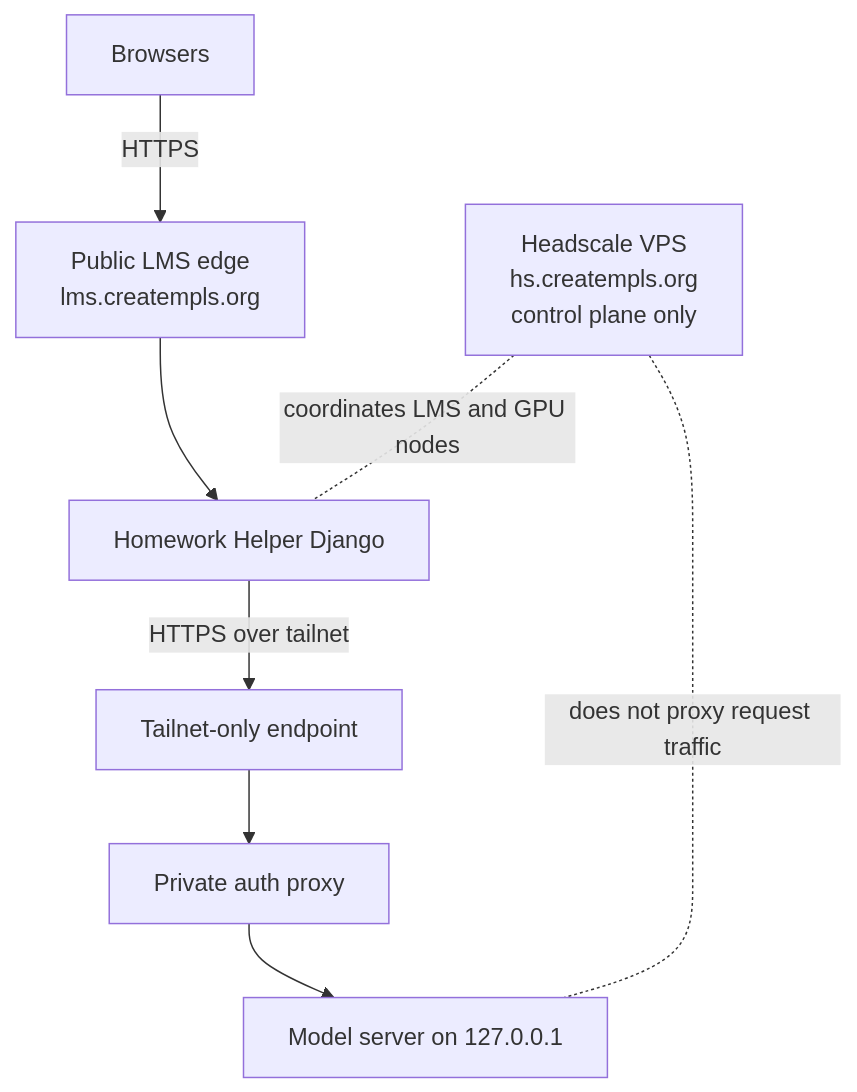
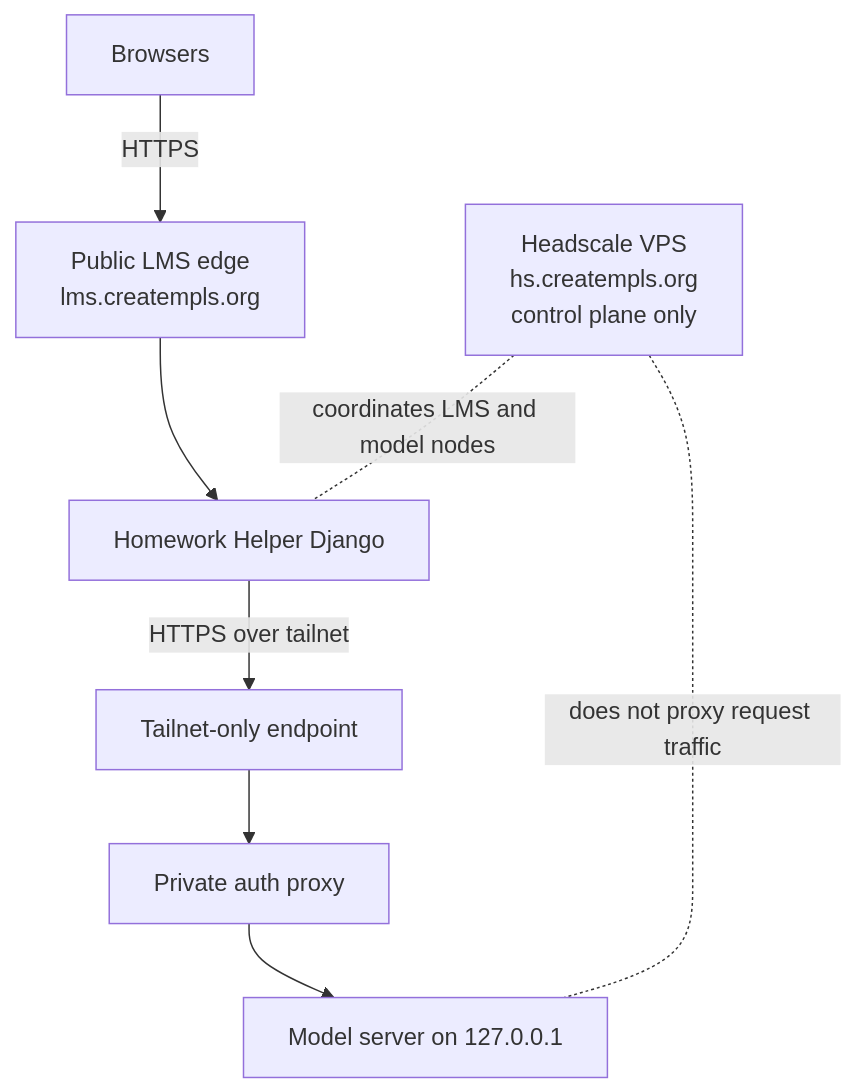
The diagram in docs/PRIVATE_LLM_BACKEND.md (bseverns/classhub), drawn with Mermaid before and after one commit. The commit also changed other lines of this file and 13 other files, not shown here.

````diff
--- a/docs/PRIVATE_LLM_BACKEND.md
+++ b/docs/PRIVATE_LLM_BACKEND.md
@@ -23,12 +33,12 @@
 ```mermaid
 flowchart TD
   B[Browsers] -->|HTTPS| C[Public LMS edge<br/>lms.creatempls.org]
   C --> H[Homework Helper Django]
   H -->|HTTPS over tailnet| T[Tailnet-only endpoint]
   T --> P[Private auth proxy]
   P --> M[Model server on 127.0.0.1]
   HS[Headscale VPS<br/>hs.creatempls.org<br/>control plane only]
 
-  HS -. coordinates LMS and GPU nodes .- H
+  HS -. coordinates LMS and model nodes .- H
   HS -. does not proxy request traffic .- M
 ```
````
